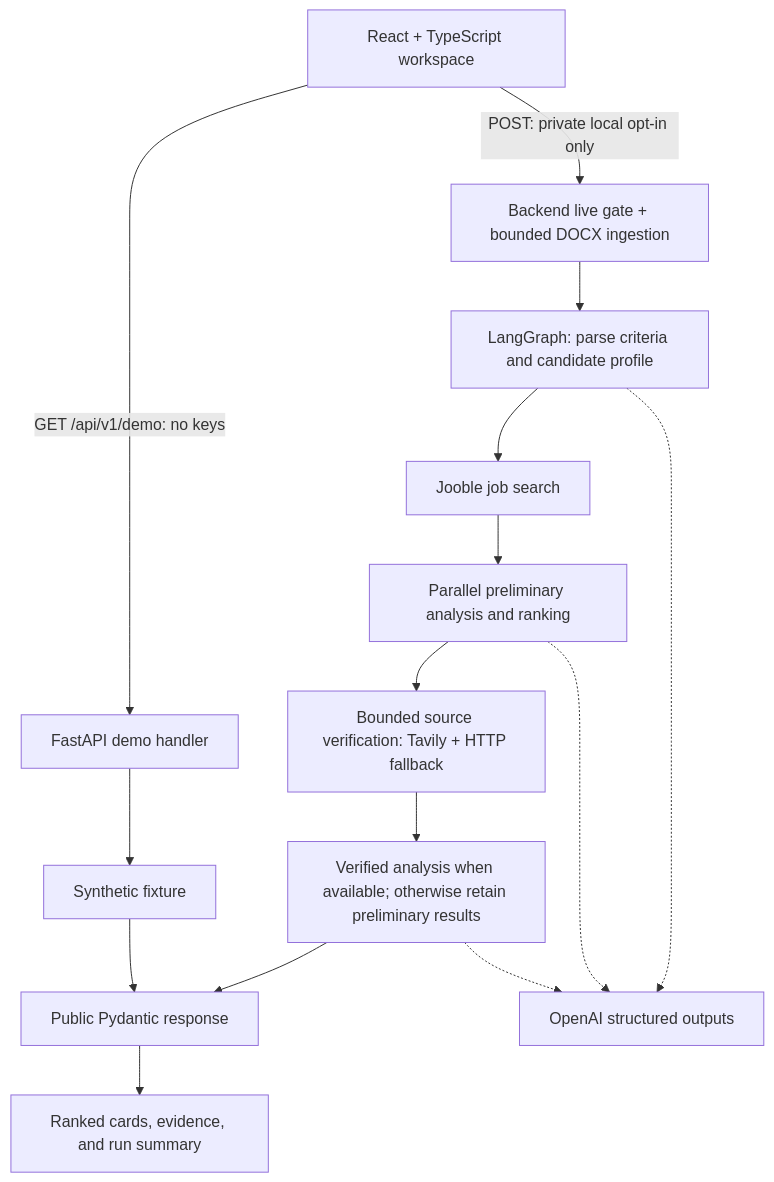
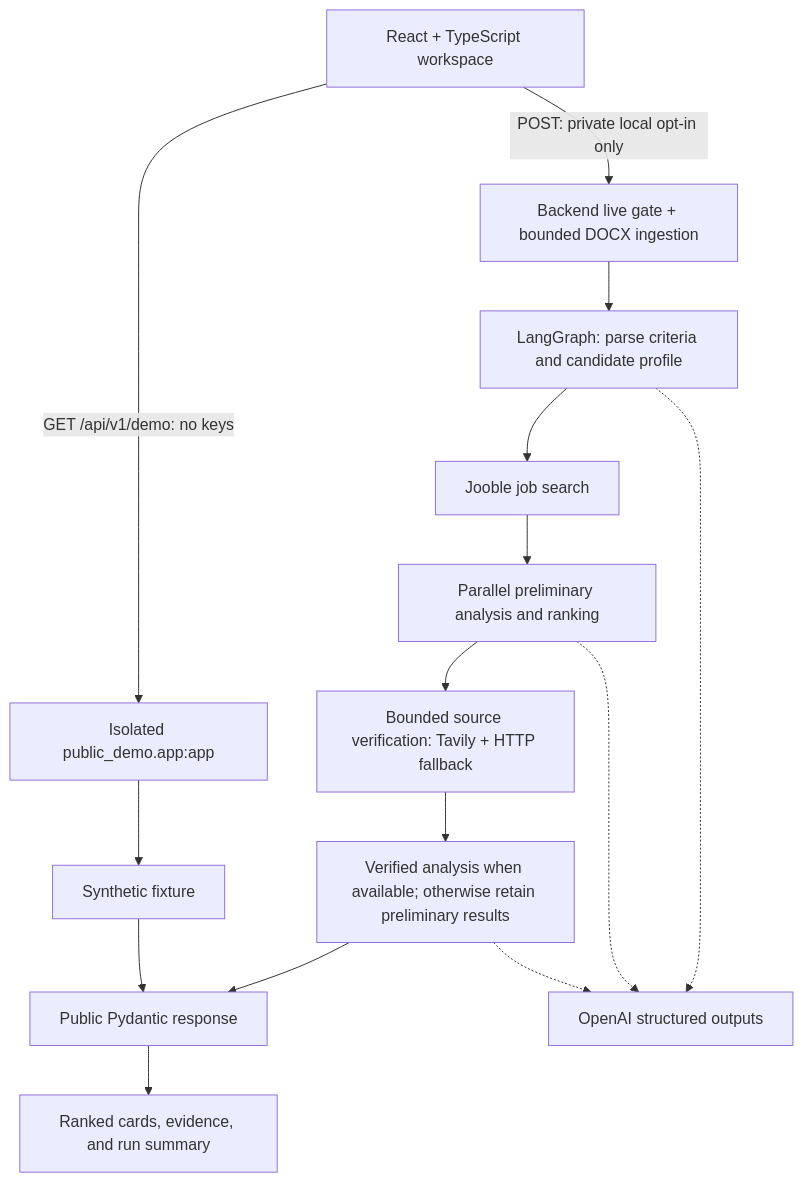
The diagram in README.md (MariaJi/ai-job-search-agent), drawn with Mermaid before and after one commit. The commit also changed other lines of this file and 7 other files, not shown here.

Commit message:
Add isolated public demo service

````diff
--- a/README.md
+++ b/README.md
@@ -38,17 +38,17 @@
 ```mermaid
 flowchart TD
-    UI["React + TypeScript workspace"] -->|"GET /api/v1/demo: no keys"| Demo["FastAPI demo handler"]
+    UI["React + TypeScript workspace"] -->|"GET /api/v1/demo: no keys"| Demo["Isolated public_demo.app:app"]
     Demo --> Fixture["Synthetic fixture"]
     Fixture --> DTO["Public Pydantic response"]
     UI -->|"POST: private local opt-in only"| Gate["Backend live gate + bounded DOCX ingestion"]
     Gate --> Graph["LangGraph: parse criteria and candidate profile"]
     Graph --> Search["Jooble job search"]
     Search --> Rank["Parallel preliminary analysis and ranking"]
     Rank --> Verify["Bounded source verification: Tavily + HTTP fallback"]
     Verify --> Final["Verified analysis when available; otherwise retain preliminary results"]
     Final --> DTO
     Graph -.-> LLM["OpenAI structured outputs"]
     Rank -.-> LLM
     Final -.-> LLM
     DTO --> Cards["Ranked cards, evidence, and run summary"]
 ```
````
